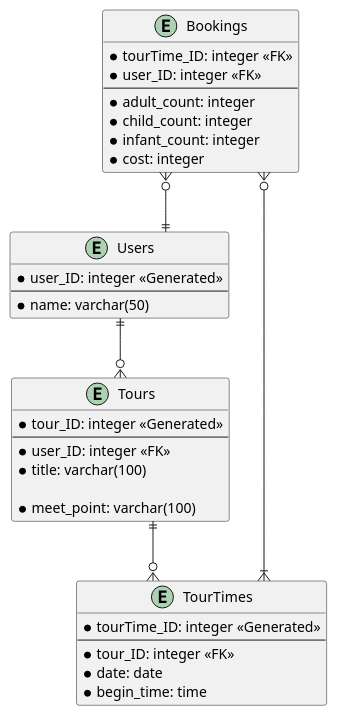
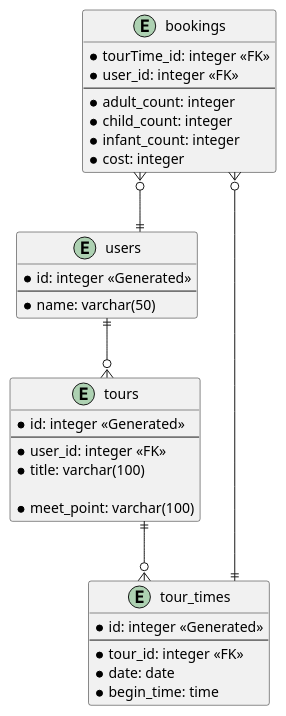
Before and after one commit to WaalerThomas/ITF20319_Gruppe13: the diagram in models/database.puml, drawn with PlantUML. The commit also changed 2 other files, not shown here.

```diff
--- a/models/database.puml
+++ b/models/database.puml
@@ -1,42 +1,42 @@
 @startuml
 skinparam linetype ortho
 
-entity Users {
-    *user_ID: integer <<Generated>>
+entity users {
+    *id: integer <<Generated>>
     --
     *name: varchar(50)
 }
 
-entity Tours {
-    *tour_ID: integer <<Generated>>
+entity tours {
+    *id: integer <<Generated>>
     --
-    *user_ID: integer <<FK>>
+    *user_id: integer <<FK>>
     *title: varchar(100)
 
     *meet_point: varchar(100)
 }
 
-entity TourTimes {
-    *tourTime_ID: integer <<Generated>>
+entity tour_times {
+    *id: integer <<Generated>>
     --
-    *tour_ID: integer <<FK>>
+    *tour_id: integer <<FK>>
     *date: date
     *begin_time: time
 }
 
-entity Bookings {
-    *tourTime_ID: integer <<FK>>
-    *user_ID: integer <<FK>>
+entity bookings {
+    *tourTime_id: integer <<FK>>
+    *user_id: integer <<FK>>
     --
     *adult_count: integer
     *child_count: integer
     *infant_count: integer
     *cost: integer
 }
 
-Users ||--o{ Tours
-Tours ||--o{ TourTimes
-Bookings }o--|{ TourTimes
-Bookings }o--|| Users
+users ||--o{ tours
+tours ||--o{ tour_times
+bookings }o--|| tour_times
+bookings }o--|| users
 
 @enduml
```
